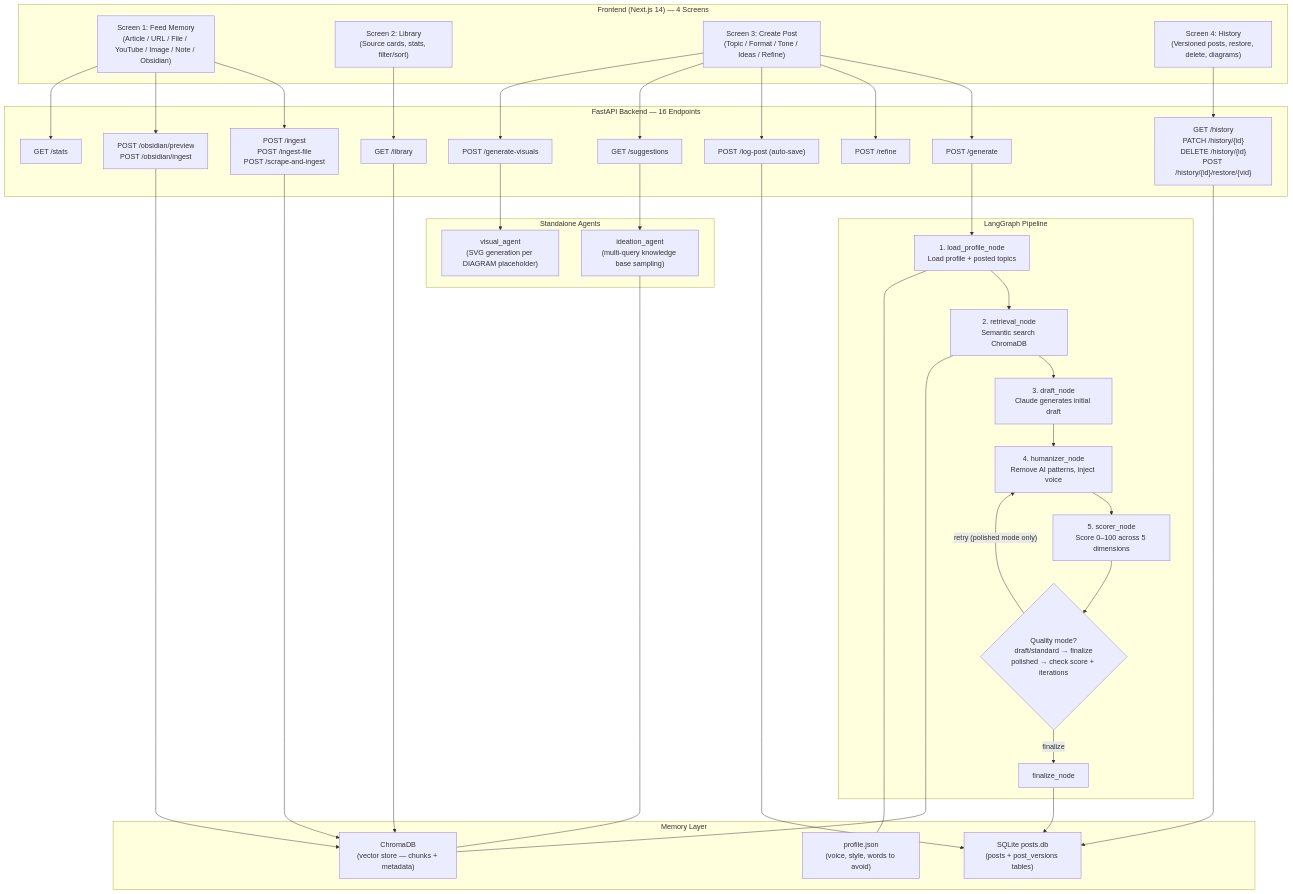
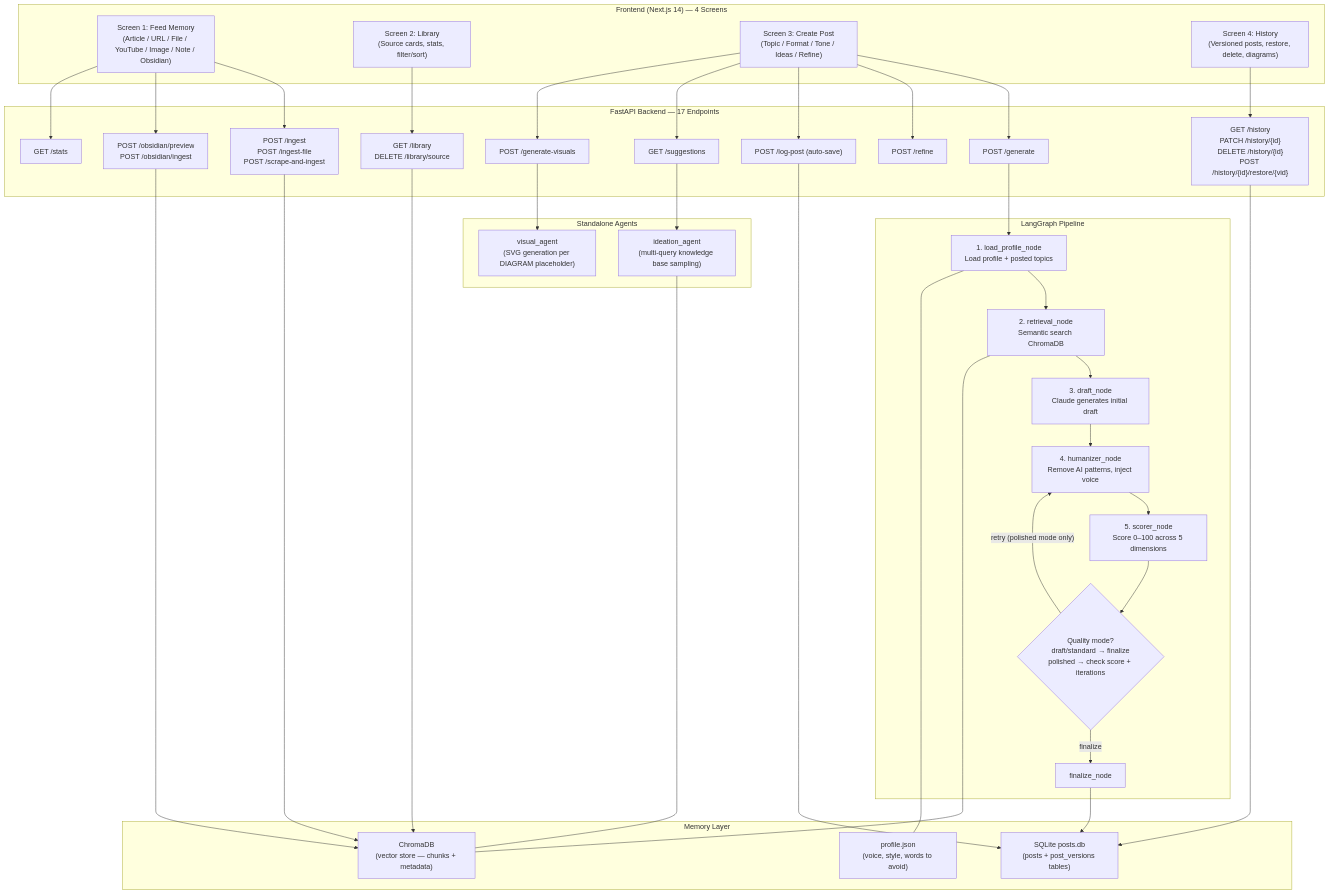
One commit to Soham112/Contendo changed the diagram in README.md. Above: the diagram before and after it, drawn with Mermaid. The commit also changed 2 other files, not shown here.

Commit message:
sync all docs to current system state

````diff
--- a/README.md
+++ b/README.md
@@ -11,76 +11,76 @@
 ```mermaid
 flowchart TD
     subgraph UI["Frontend (Next.js 14) — 4 Screens"]
         S1["Screen 1: Feed Memory\n(Article / URL / File / YouTube / Image / Note / Obsidian)"]
         S2["Screen 2: Library\n(Source cards, stats, filter/sort)"]
         S3["Screen 3: Create Post\n(Topic / Format / Tone / Ideas / Refine)"]
         S4["Screen 4: History\n(Versioned posts, restore, delete, diagrams)"]
     end
 
-    subgraph API["FastAPI Backend — 16 Endpoints"]
+    subgraph API["FastAPI Backend — 17 Endpoints"]
         R1["POST /ingest\nPOST /ingest-file\nPOST /scrape-and-ingest"]
         R1b["POST /obsidian/preview\nPOST /obsidian/ingest"]
         R2["POST /generate"]
         R2b["POST /refine"]
         R3["POST /log-post (auto-save)"]
         R4["GET /history\nPATCH /history/{id}\nDELETE /history/{id}\nPOST /history/{id}/restore/{vid}"]
-        R5["GET /library"]
+        R5["GET /library\nDELETE /library/source"]
         R6["GET /suggestions"]
         R7["POST /generate-visuals"]
         R8["GET /stats"]
     end
 
     subgraph Pipeline["LangGraph Pipeline"]
         N1["1. load_profile_node\nLoad profile + posted topics"]
         N2["2. retrieval_node\nSemantic search ChromaDB"]
         N3["3. draft_node\nClaude generates initial draft"]
         N4["4. humanizer_node\nRemove AI patterns, inject voice"]
         N5["5. scorer_node\nScore 0–100 across 5 dimensions"]
         N6{"Quality mode?\ndraft/standard → finalize\npolished → check score + iterations"}
         N7["finalize_node"]
     end
 
     subgraph Agents["Standalone Agents"]
         A1["visual_agent\n(SVG generation per DIAGRAM placeholder)"]
         A2["ideation_agent\n(multi-query knowledge base sampling)"]
     end
 
     subgraph Memory["Memory Layer"]
         DB1["ChromaDB\n(vector store — chunks + metadata)"]
         DB2["profile.json\n(voice, style, words to avoid)"]
         DB3["SQLite posts.db\n(posts + post_versions tables)"]
     end
 
     S1 --> R1
     S1 --> R1b
     S1 --> R8
     S2 --> R5
     S3 --> R2
     S3 --> R2b
     S3 --> R3
     S3 --> R6
     S3 --> R7
     S4 --> R4
 
     R1 --> DB1
     R1b --> DB1
     R2 --> N1
     R3 --> DB3
     R4 --> DB3
     R5 --> DB1
     R6 --> A2
     R7 --> A1
 
     N1 --> N2
     N2 --> N3
     N3 --> N4
     N4 --> N5
     N5 --> N6
     N6 -->|"finalize"| N7
     N6 -->|"retry (polished mode only)"| N4
     N7 --> DB3
 
     N1 --- DB2
     N2 --- DB1
     A2 --- DB1
 ```
````
